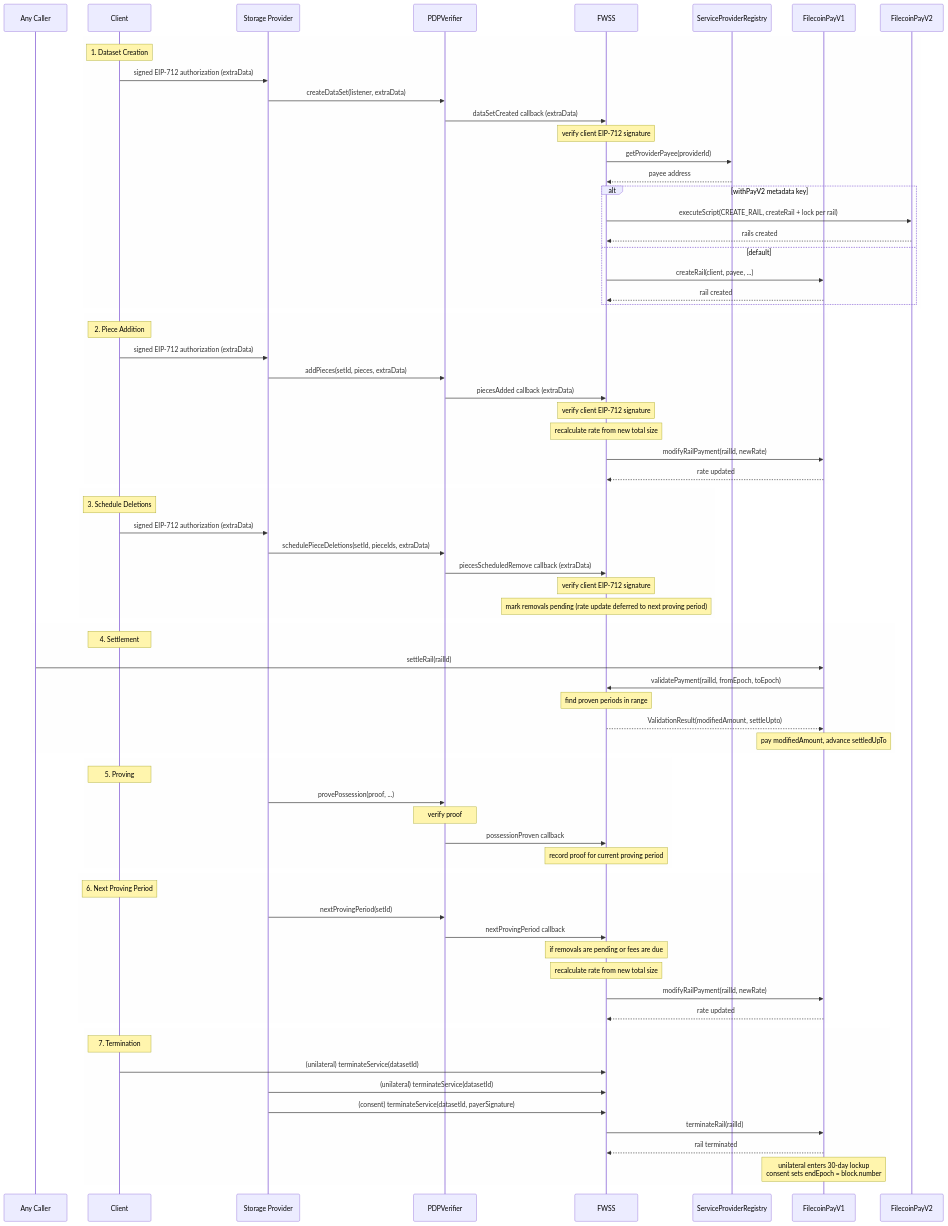
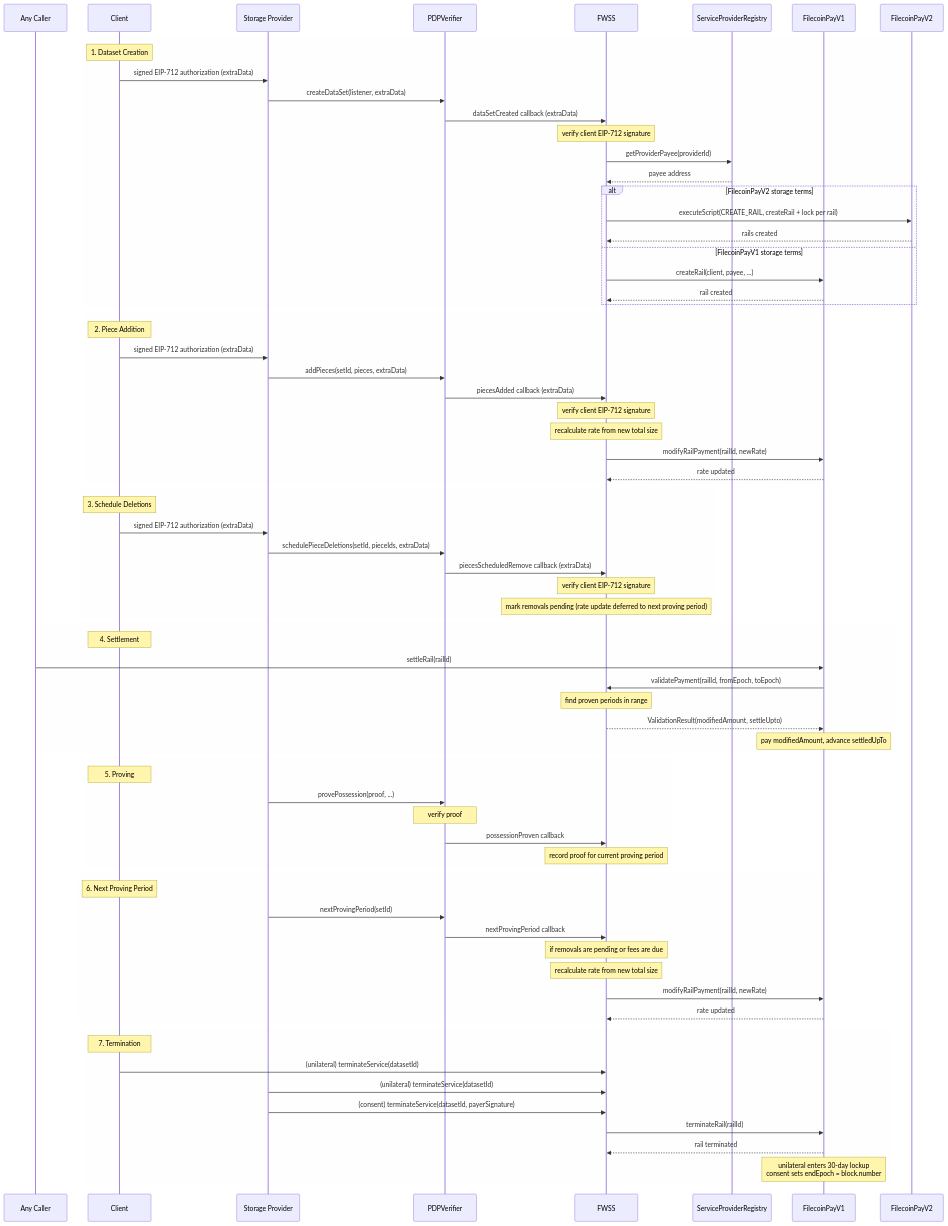
One commit to FilOzone/filecoin-services changed the second of 2 diagrams in SPEC.md. Above: the diagram before and after it, drawn with Mermaid. The commit also changed other lines of this file and 12 other files, not shown here.

First line of the commit message:
feat(fwss): select FilecoinPayV2 through the storage terms

```diff
--- a/SPEC.md
+++ b/SPEC.md
@@ -456,10 +476,10 @@
     Note over FWSS: verify client EIP-712 signature
     FWSS->>ServiceProviderRegistry: getProviderPayee(providerId)
     ServiceProviderRegistry-->>FWSS: payee address
-    alt withPayV2 metadata key
+    alt FilecoinPayV2 storage terms
       FWSS->>FilecoinPayV2: executeScript(CREATE_RAIL, createRail + lock per rail)
       FilecoinPayV2-->>FWSS: rails created
-    else default
+    else FilecoinPayV1 storage terms
       FWSS->>FilecoinPayV1: createRail(client, payee, ...)
       FilecoinPayV1-->>FWSS: rail created
     end
```
